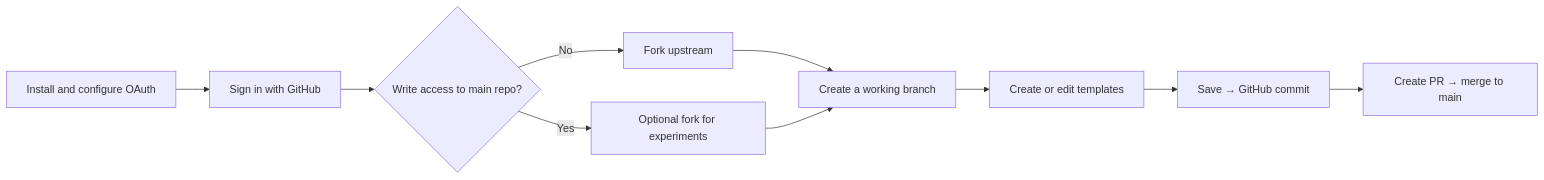
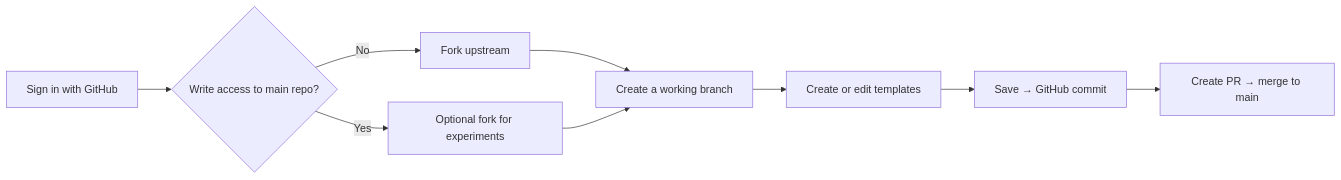
The diagram in README.md (comfyui-wiki/ComfyUI_Template_Manager), drawn with Mermaid before and after one commit. The commit also changed other lines of this file, not shown here.

````diff
--- a/README.md
+++ b/README.md
@@ -11,12 +11,11 @@
 ```mermaid
 flowchart LR
-  A[Install and configure OAuth] --> B[Sign in with GitHub]
-  B --> C{Write access to main repo?}
-  C -->|No| D[Fork upstream]
-  C -->|Yes| E[Optional fork for experiments]
-  D --> F[Create a working branch]
-  E --> F
-  F --> G[Create or edit templates]
-  G --> H[Save → GitHub commit]
-  H --> I[Create PR → merge to main]
+  A[Sign in with GitHub] --> B{Write access to main repo?}
+  B -->|No| C[Fork upstream]
+  B -->|Yes| D[Optional fork for experiments]
+  C --> E[Create a working branch]
+  D --> E
+  E --> F[Create or edit templates]
+  F --> G[Save → GitHub commit]
+  G --> H[Create PR → merge to main]
 ```
````
